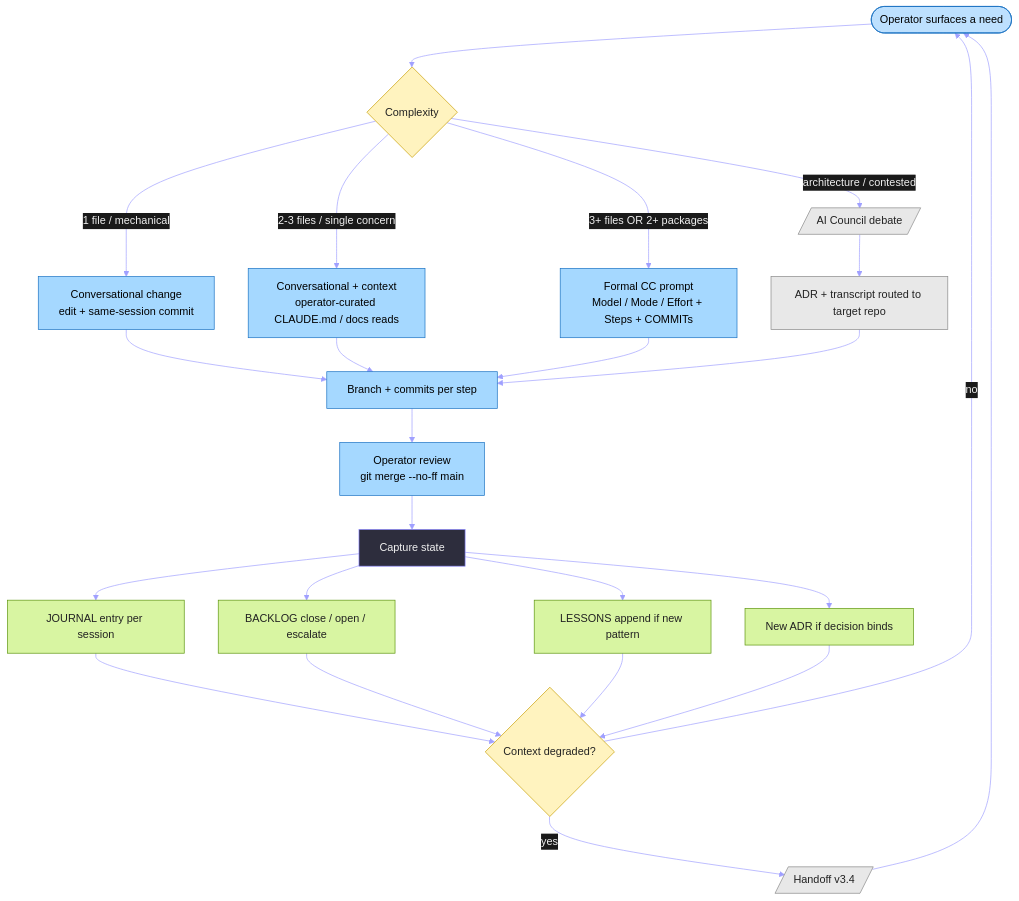
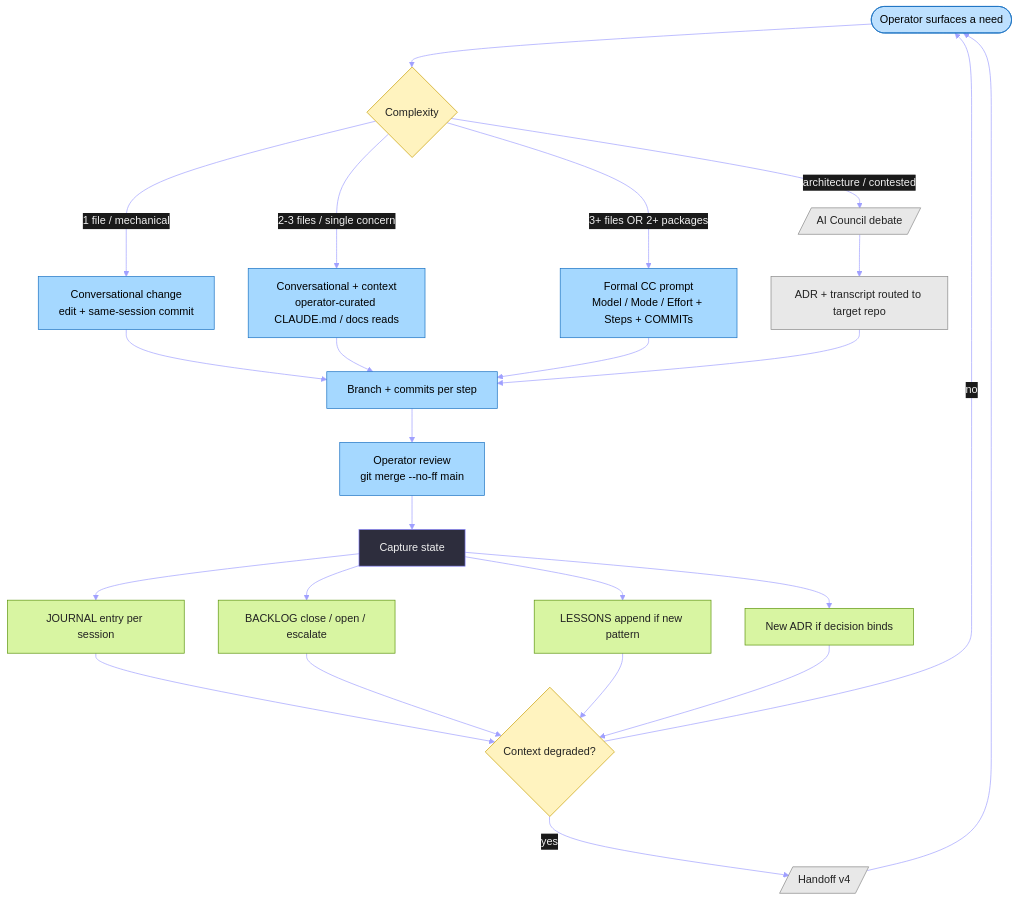
One commit to rdwornik/dev-knowledge changed the fourth of 6 diagrams in ARCHITECTURE.md. Above: the diagram before and after it, drawn with Mermaid. The commit also changed other lines of this file, not shown here.

First line of the commit message:
docs(architecture): redraw handoff section v3.4 -> v4 two-phase (coherence audit, [#10])

````diff
--- a/ARCHITECTURE.md
+++ b/ARCHITECTURE.md
@@ -192,45 +192,45 @@
 ```mermaid
 %%{init: {'theme':'base', 'themeVariables': {'darkMode':true,'background':'#1a1a1a','primaryColor':'#2d2d3d','primaryTextColor':'#f0f0f0','primaryBorderColor':'#8a86ff','lineColor':'#a0a0ff','textColor':'#f0f0f0','mainBkg':'#2d2d3d','secondaryColor':'#3d2d3d','tertiaryColor':'#22323a','clusterBkg':'#222232','clusterBorder':'#555577','edgeLabelBackground':'#1a1a1a','titleColor':'#f0f0f0','nodeBorder':'#8a86ff'}}}%%
 flowchart TD
     need([Operator surfaces a need])
     need --> route{Complexity}
 
     route -- "1 file / mechanical" --> conv[Conversational change<br/>edit + same-session commit]
     route -- "2-3 files / single concern" --> conv_ctx[Conversational + context<br/>operator-curated CLAUDE.md / docs reads]
     route -- "3+ files OR 2+ packages" --> formal[Formal CC prompt<br/>Model / Mode / Effort + Steps + COMMITs]
     route -- "architecture / contested" --> council[/AI Council debate/]
 
     conv --> exec[Branch + commits per step]
     conv_ctx --> exec
     formal --> exec
     council --> adr[ADR + transcript routed to target repo] --> exec
 
     exec --> review[Operator review<br/>git merge --no-ff main]
     review --> capture[Capture state]
 
     capture --> journal[JOURNAL entry per session]
     capture --> backlog[BACKLOG close / open / escalate]
     capture --> lessons[LESSONS append if new pattern]
     capture --> adr2[New ADR if decision binds]
 
     journal --> degrade{Context degraded?}
     backlog --> degrade
     lessons --> degrade
     adr2 --> degrade
 
     degrade -- "no" --> need
-    degrade -- "yes" --> handoff[/Handoff v3.4/]
+    degrade -- "yes" --> handoff[/Handoff v4/]
     handoff --> need
 
     classDef start fill:#bde0fe,stroke:#1971c2,color:#000
     classDef decide fill:#fff3bf,stroke:#c79e00,color:#222
     classDef exec_ fill:#a5d8ff,stroke:#1971c2,color:#000
     classDef cap fill:#d8f5a2,stroke:#5c940d,color:#222
     classDef sub fill:#e8e8e8,stroke:#888,color:#222
 
     class need start
     class route,degrade decide
     class conv,conv_ctx,formal,exec,review exec_
     class journal,backlog,lessons,adr2 cap
     class council,handoff,adr sub
 ```
````
